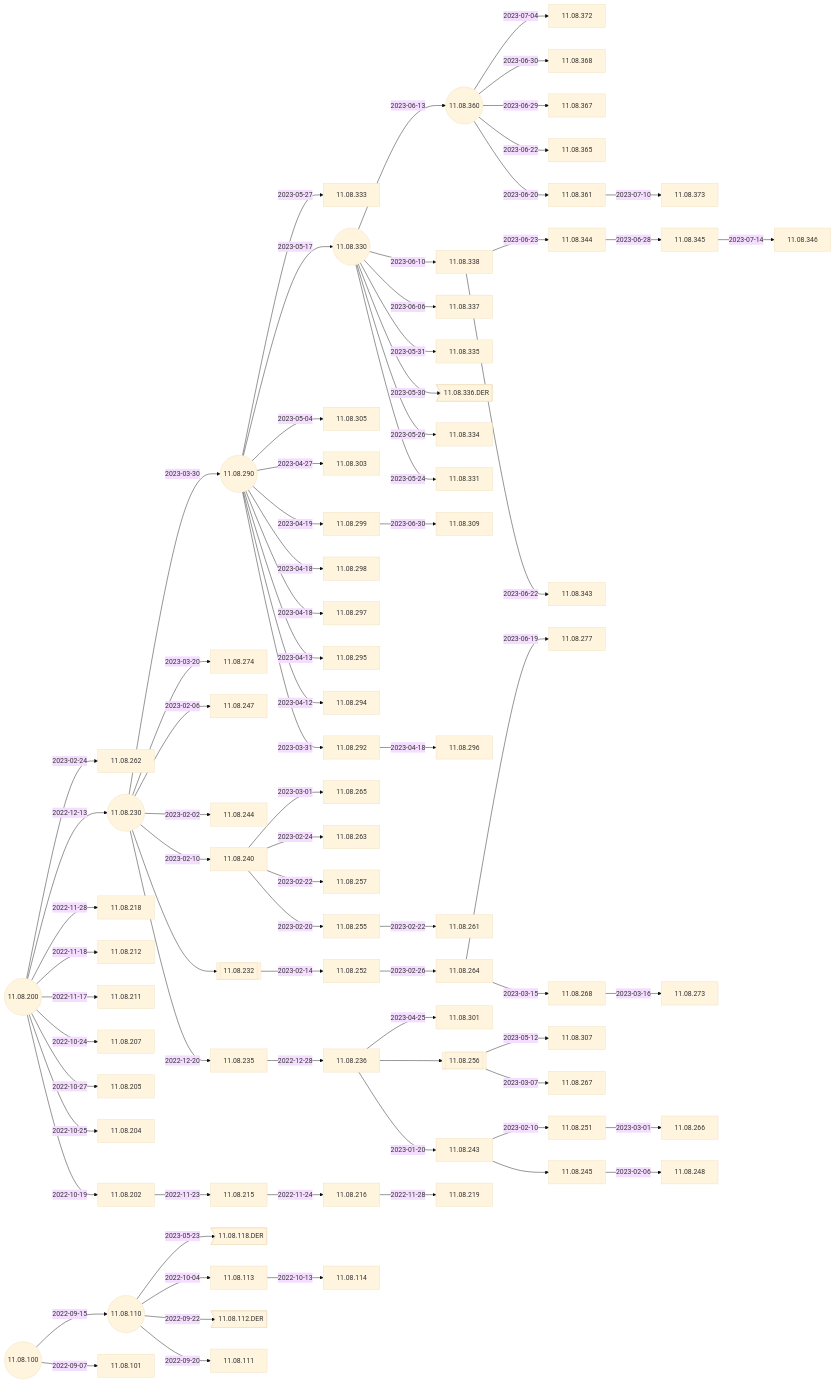
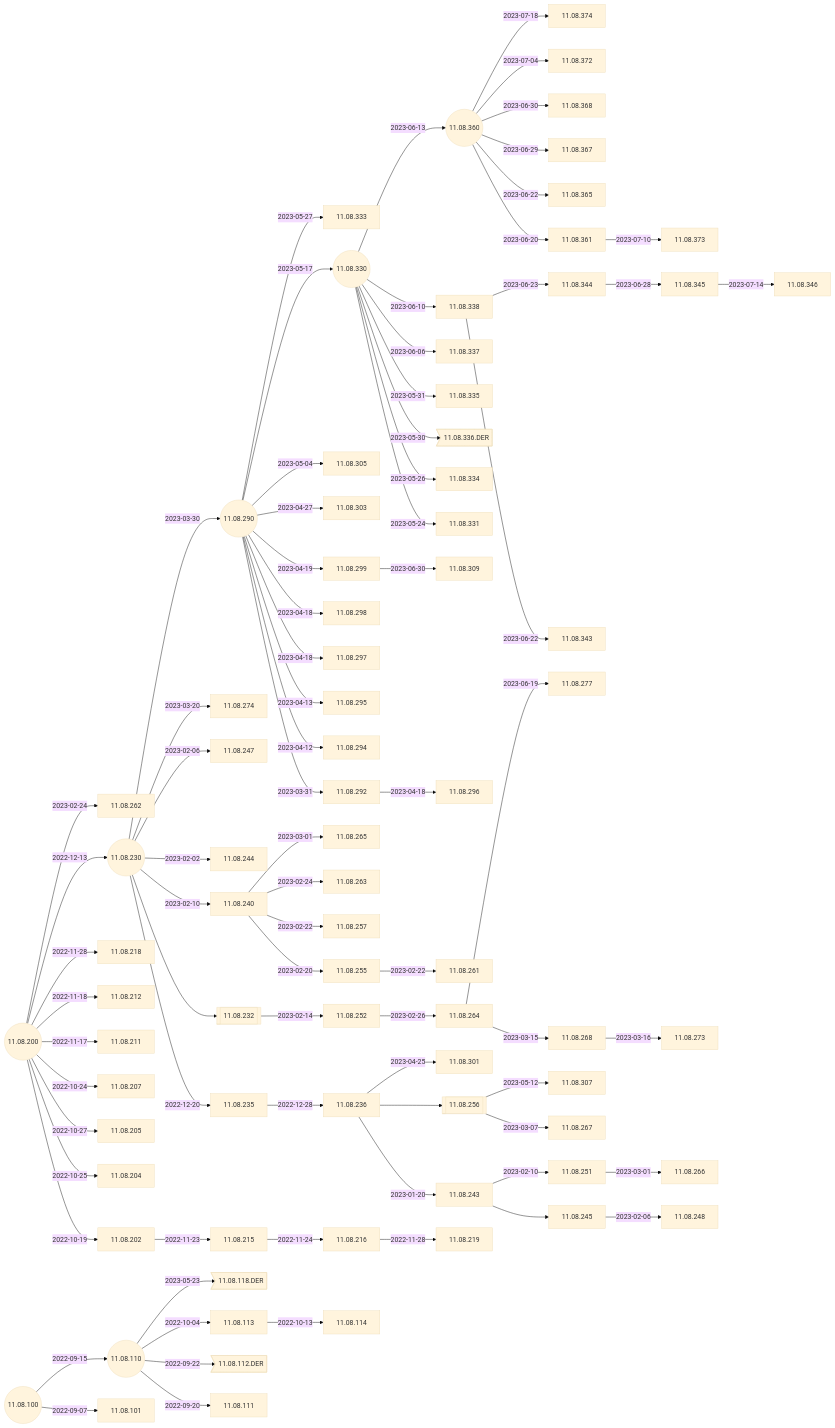
Before and after one commit to IGEL-Community/IGEL-Docs-v02: the second of 4 diagrams in docs/Docs/ReleaseNotes/01-OS11/README.md, drawn with Mermaid (base theme). The commit also changed 2 other files, not shown here.

Commit message:
11.08.374 < 11.08.360

````diff
--- a/docs/Docs/ReleaseNotes/01-OS11/README.md
+++ b/docs/Docs/ReleaseNotes/01-OS11/README.md
@@ -39,5 +39,6 @@
 ```mermaid
 flowchart LR
+    11.08.360-- 2023-07-18 -->11.08.374
     11.08.345-- 2023-07-14 -->11.08.346
     11.08.361-- 2023-07-10 -->11.08.373
     11.08.360-- 2023-07-04 -->11.08.372
@@ -97,6 +98,7 @@
     11.08.110((11.08.110))-- 2022-09-22 -->11.08.112.DER>11.08.112.DER]
     11.08.100-- 2022-09-15 -->11.08.110-- 2022-09-20 -->11.08.111
     11.08.100((11.08.100))-- 2022-09-07 -->11.08.101
+    click 11.08.374 "https://github.com/IGEL-Community/IGEL-Docs-v02/tree/main/docs/Docs/ReleaseNotes/01-OS11/readme11.08.374.txt" _blank
     click 11.08.346 "https://github.com/IGEL-Community/IGEL-Docs-v02/tree/main/docs/Docs/ReleaseNotes/01-OS11/readme11.08.346.txt" _blank
     click 11.08.373 "https://github.com/IGEL-Community/IGEL-Docs-v02/tree/main/docs/Docs/ReleaseNotes/01-OS11/readme11.08.373.txt" _blank
     click 11.08.372 "https://github.com/IGEL-Community/IGEL-Docs-v02/tree/main/docs/Docs/ReleaseNotes/01-OS11/readme11.08.372.txt" _blank
````
